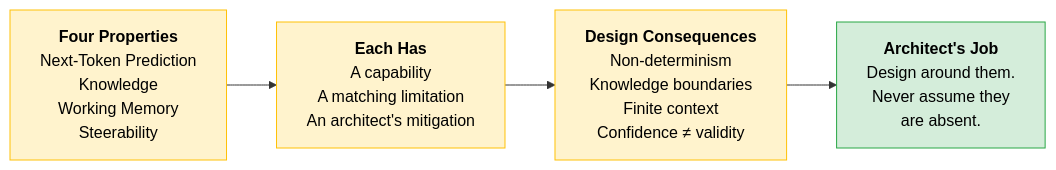
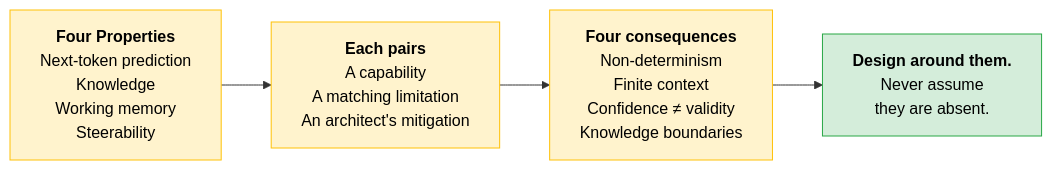
The third of 3 diagrams in Professional/01-Claude-Platform-and-Solution-Design/01-How-Claude-Behaves.md (shreyabaid007/Claude-Certified-Architect), drawn with Mermaid before and after one commit. The commit also changed other lines of this file and 4 other files, not shown here.

````diff
--- a/Professional/01-Claude-Platform-and-Solution-Design/01-How-Claude-Behaves.md
+++ b/Professional/01-Claude-Platform-and-Solution-Design/01-How-Claude-Behaves.md
@@ -120,9 +137,15 @@
 ```mermaid
 flowchart LR
     classDef concept fill:#fff3cd,stroke:#ffc107,color:#000
     classDef action fill:#d4edda,stroke:#28a745,color:#000
 
-    A["<b>Four Properties</b><br/>Next-Token Prediction<br/>Knowledge<br/>Working Memory<br/>Steerability"]:::concept --> B["<b>Each Has</b><br/>A capability<br/>A matching limitation<br/>An architect's mitigation"]:::concept
-    B --> C["<b>Design Consequences</b><br/>Non-determinism<br/>Knowledge boundaries<br/>Finite context<br/>Confidence ≠ validity"]:::concept
-    C --> D["<b>Architect's Job</b><br/>Design around them.<br/>Never assume they<br/>are absent."]:::action
+    A["<b>Four Properties</b><br/>Next-token prediction<br/>Knowledge<br/>Working memory<br/>Steerability"]
+    B["<b>Each pairs</b><br/>A capability<br/>A matching limitation<br/>An architect's mitigation"]
+    C["<b>Four consequences</b><br/>Non-determinism<br/>Finite context<br/>Confidence ≠ validity<br/>Knowledge boundaries"]
+    D["<b>Design around them.</b><br/>Never assume<br/>they are absent."]
+
+    A --> B --> C --> D
+
+    class A,B,C concept
+    class D action
 ```
````
